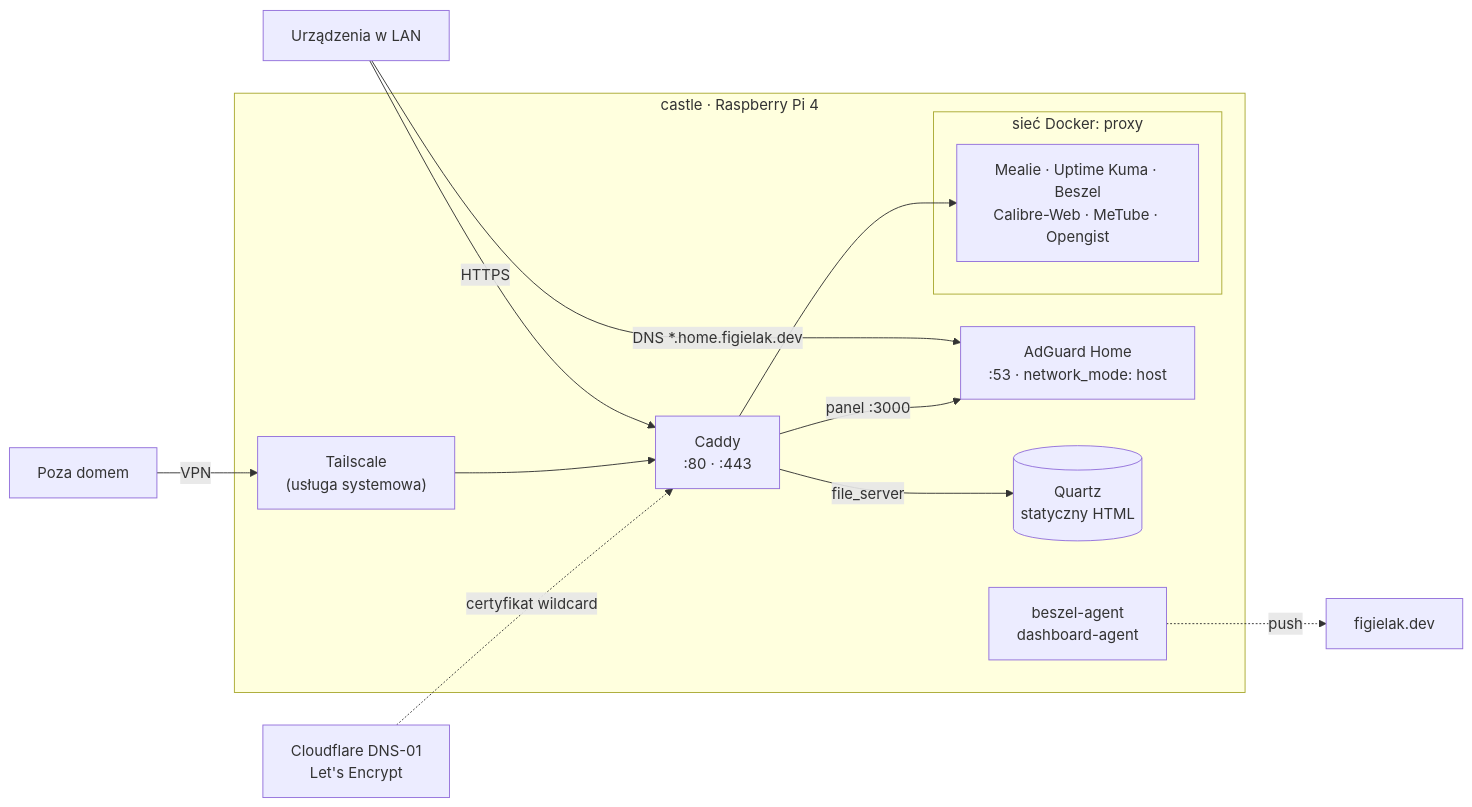
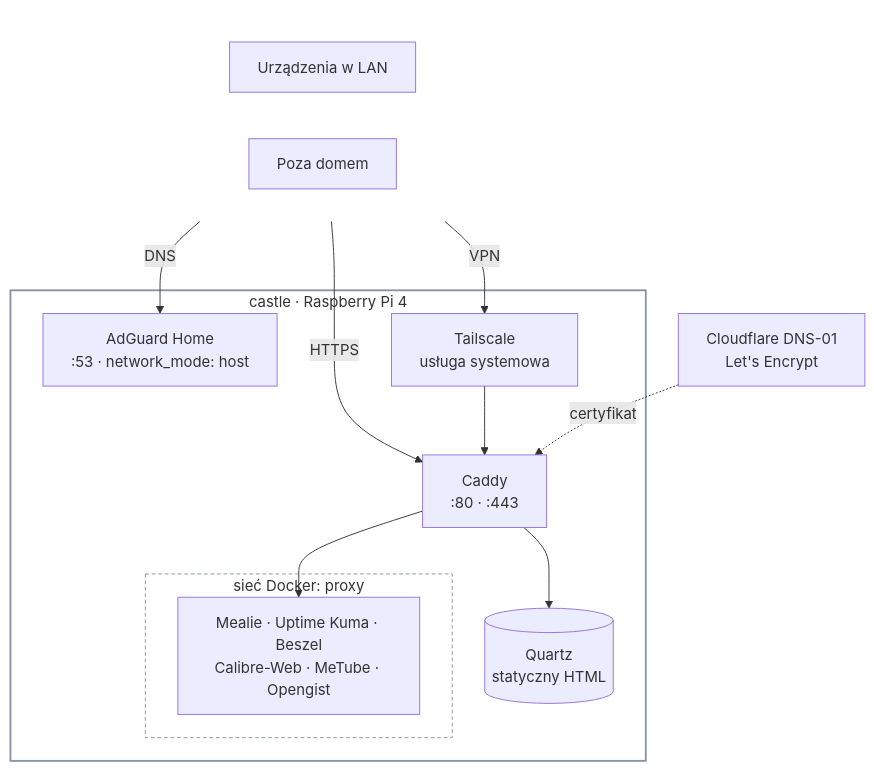
The diagram in README.md (figielak/homelab), drawn with Mermaid before and after one commit. The commit also changed other lines of this file, not shown here.

Commit message:
repo: README — badge'e, diagram, szkielet odbudowy, wyjątki portów

````diff
--- a/README.md
+++ b/README.md
@@ -9,28 +19,29 @@
 ```mermaid
-flowchart LR
-    lan["Urządzenia w LAN"]
-    remote["Poza domem"]
+flowchart TB
+    subgraph clients[" "]
+        direction LR
+        lan["Urządzenia w LAN"]
+        remote["Poza domem"]
+    end
     cf["Cloudflare DNS-01<br/>Let's Encrypt"]
-    web["figielak.dev"]
 
     subgraph castle["castle · Raspberry Pi 4"]
         adguard["AdGuard Home<br/>:53 · network_mode: host"]
+        tailscale["Tailscale<br/>usługa systemowa"]
         caddy["Caddy<br/>:80 · :443"]
-        tailscale["Tailscale<br/>(usługa systemowa)"]
         quartz[("Quartz<br/>statyczny HTML")]
-        agents["beszel-agent<br/>dashboard-agent"]
-
         subgraph proxy["sieć Docker: proxy"]
             apps["Mealie · Uptime Kuma · Beszel<br/>Calibre-Web · MeTube · Opengist"]
         end
     end
 
-    lan -- "DNS *.home.figielak.dev" --> adguard
+    lan -- "DNS" --> adguard
     lan -- "HTTPS" --> caddy
     remote -- "VPN" --> tailscale --> caddy
+    cf -. "certyfikat" .-> caddy
     caddy --> apps
-    caddy -- "panel :3000" --> adguard
-    caddy -- "file_server" --> quartz
-    cf -. "certyfikat wildcard" .-> caddy
-    agents -. "push" .-> web
+    caddy --> quartz
+    style clients fill:none,stroke:none
+    style castle fill:none,stroke:#8b949e,stroke-width:2px
+    style proxy fill:none,stroke:#8b949e,stroke-dasharray:4 3
 ```
````
